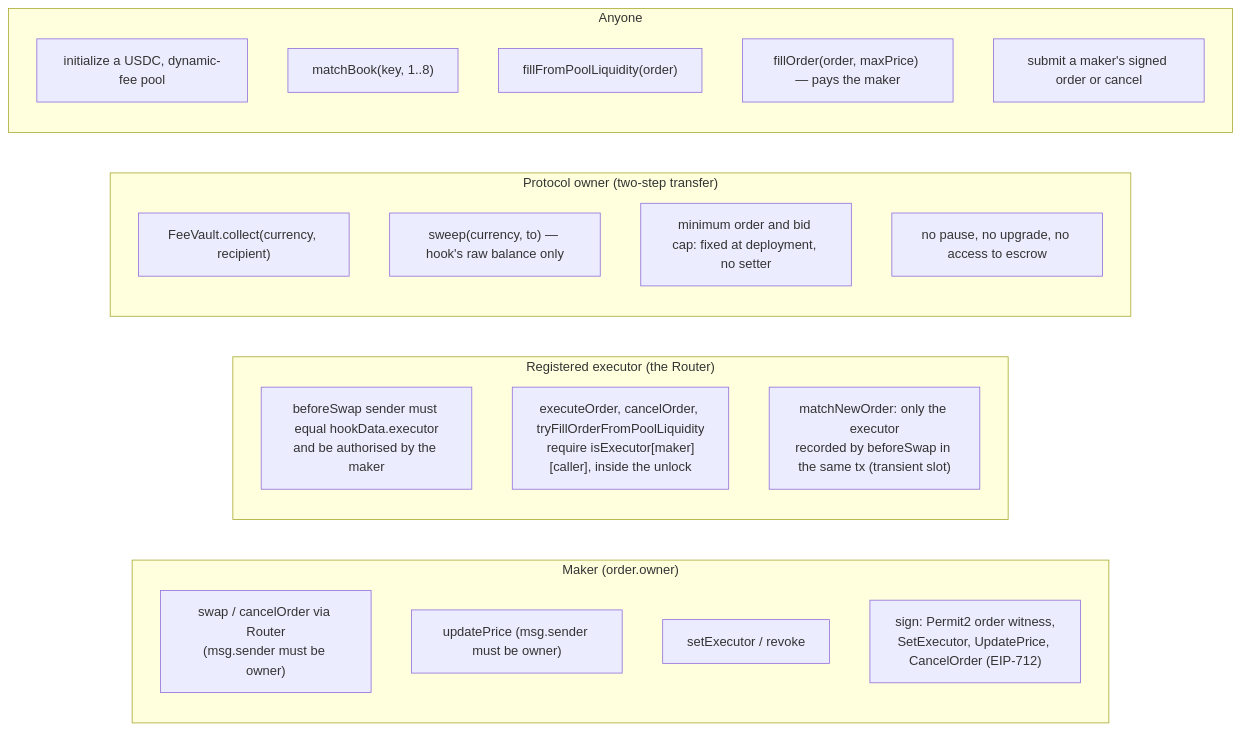
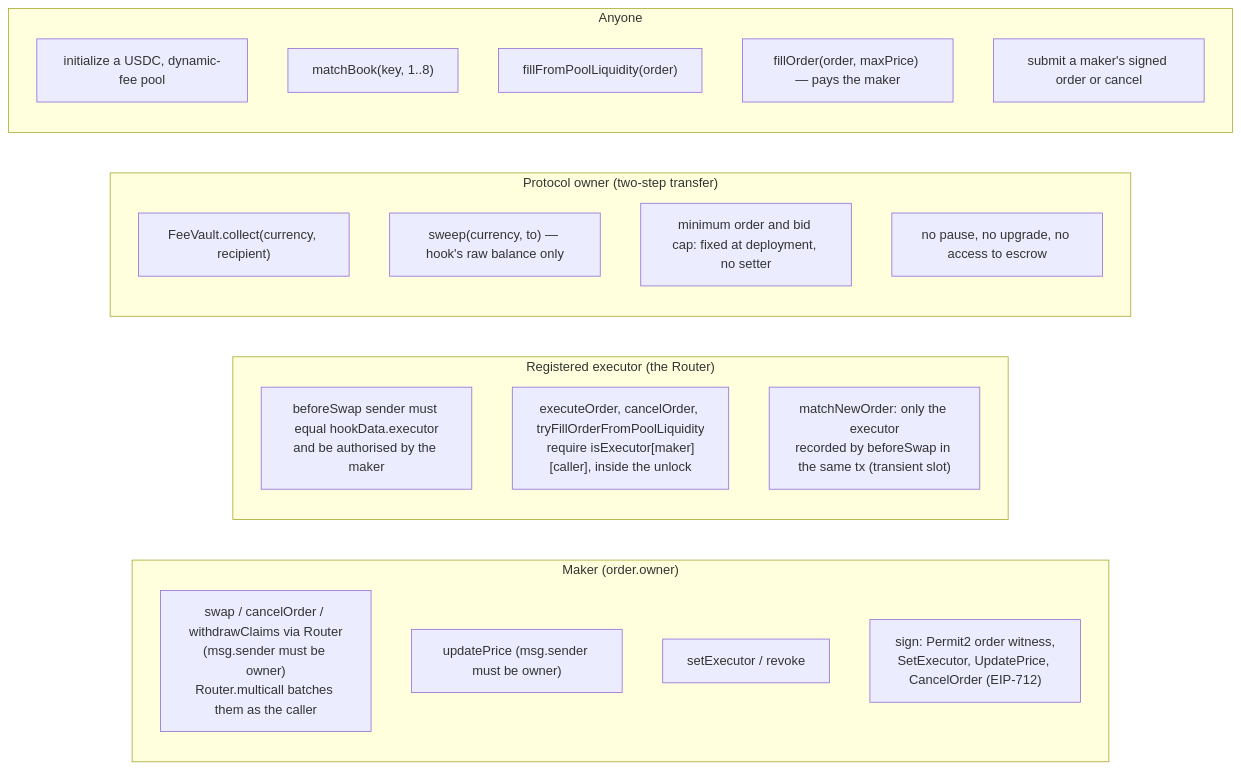
Before and after one commit to asyncswap/contracts: the fourth of 5 diagrams in docs/protocol.md, drawn with Mermaid. The commit also changed other lines of this file and 10 other files, not shown here.

````diff
--- a/docs/protocol.md
+++ b/docs/protocol.md
@@ -226,27 +236,27 @@
 ```mermaid
 flowchart LR
     subgraph MakerRights["Maker (order.owner)"]
-        m1["swap / cancelOrder via Router<br/>(msg.sender must be owner)"]
+        m1["swap / cancelOrder / withdrawClaims via Router<br/>(msg.sender must be owner)<br/>Router.multicall batches them as the caller"]
         m2["updatePrice (msg.sender must be owner)"]
         m3["setExecutor / revoke"]
         m4["sign: Permit2 order witness,<br/>SetExecutor, UpdatePrice, CancelOrder (EIP-712)"]
     end
     subgraph ExecutorRights["Registered executor (the Router)"]
         e1["beforeSwap sender must equal hookData.executor<br/>and be authorised by the maker"]
         e2["executeOrder, cancelOrder, tryFillOrderFromPoolLiquidity<br/>require isExecutor[maker][caller], inside the unlock"]
         e3["matchNewOrder: only the executor<br/>recorded by beforeSwap in the same tx (transient slot)"]
     end
     subgraph OwnerRights["Protocol owner (two-step transfer)"]
         o1["FeeVault.collect(currency, recipient)"]
         o2["sweep(currency, to) — hook's raw balance only"]
         o3["minimum order and bid cap: fixed at deployment, no setter"]
         o4["no pause, no upgrade, no access to escrow"]
     end
     subgraph Public["Anyone"]
         p0["initialize a USDC, dynamic-fee pool"]
         p1["matchBook(key, 1..8)"]
         p2["fillFromPoolLiquidity(order)"]
         p3["fillOrder(order, maxPrice) — pays the maker"]
         p4["submit a maker's signed order or cancel"]
     end
 ```
````
